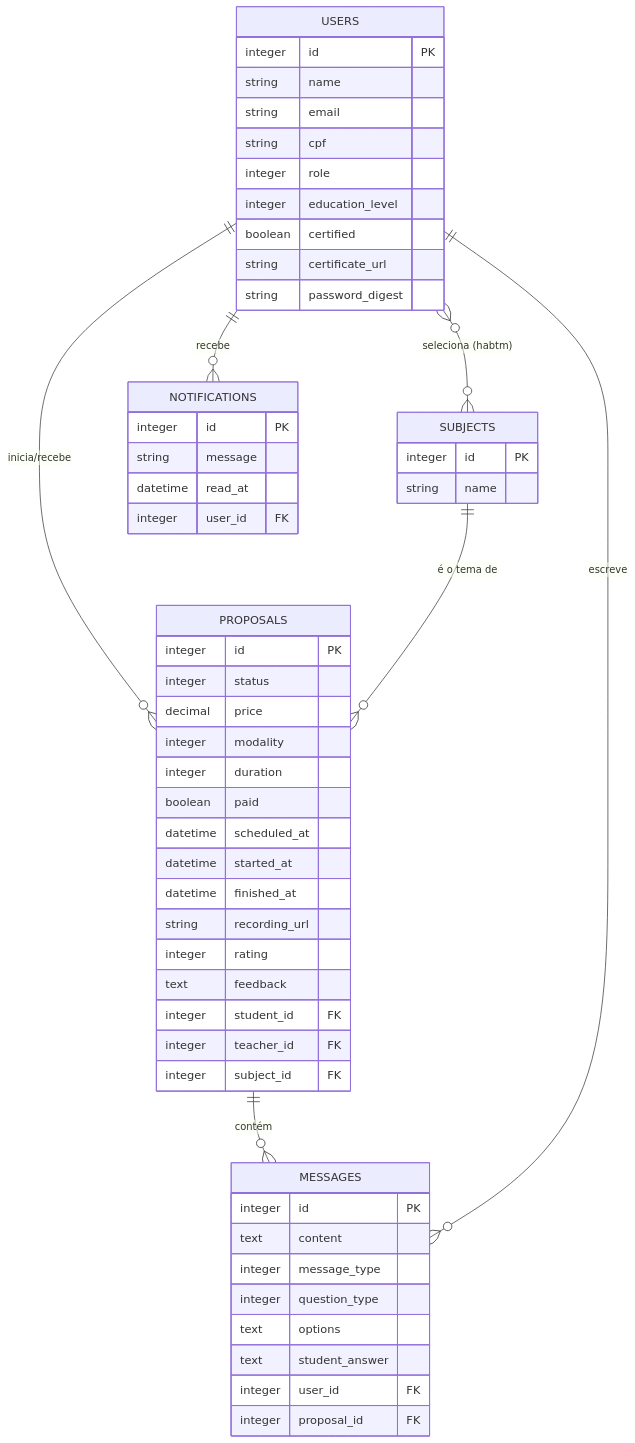
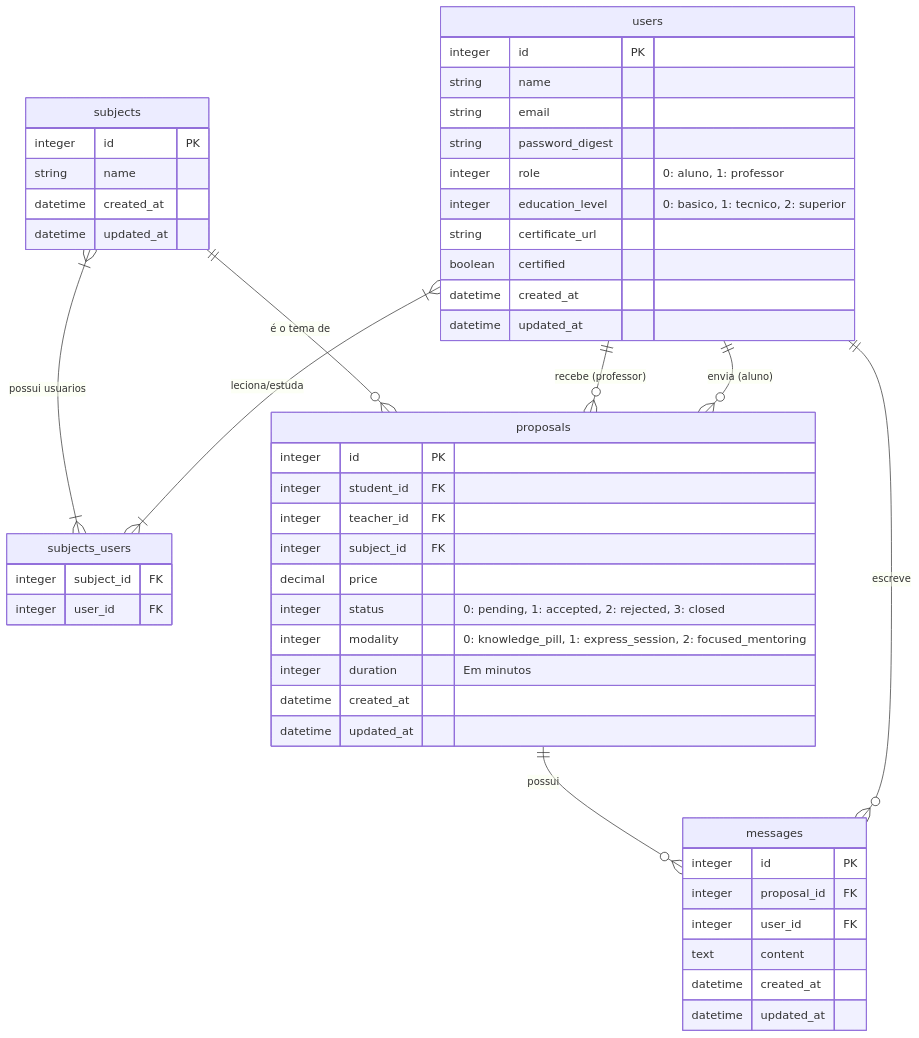
The diagram in README.md (VitorPierre/projeto-hacka-2), drawn with Mermaid before and after one commit. The commit also changed other lines of this file, not shown here.

````diff
--- a/README.md
+++ b/README.md
@@ -98,58 +64,57 @@
 ```mermaid
 erDiagram
-    USERS {
+    users {
         integer id PK
         string name
         string email
-        string cpf
-        integer role
-        integer education_level
+        string password_digest
+        integer role "0: aluno, 1: professor"
+        integer education_level "0: basico, 1: tecnico, 2: superior"
+        string certificate_url
         boolean certified
-        string certificate_url
-        string password_digest
+        datetime created_at
+        datetime updated_at
     }
-    SUBJECTS {
+    
+    subjects {
         integer id PK
         string name
+        datetime created_at
+        datetime updated_at
     }
-    PROPOSALS {
+    
+    subjects_users {
+        integer subject_id FK
+        integer user_id FK
+    }
+
+    proposals {
         integer id PK
-        integer status
-        decimal price
-        integer modality
-        integer duration
-        boolean paid
-        datetime scheduled_at
-        datetime started_at
-        datetime finished_at
-        string recording_url
-        integer rating
-        text feedback
         integer student_id FK
         integer teacher_id FK
         integer subject_id FK
-    }
-    MESSAGES {
-        integer id PK
-        text content
-        integer message_type
-        integer question_type
-        text options
-        text student_answer
-        integer user_id FK
-        integer proposal_id FK
-    }
-    NOTIFICATIONS {
-        integer id PK
-        string message
-        datetime read_at
-        integer user_id FK
+        decimal price
+        integer status "0: pending, 1: accepted, 2: rejected, 3: closed"
+        integer modality "0: knowledge_pill, 1: express_session, 2: focused_mentoring"
+        integer duration "Em minutos"
+        datetime created_at
+        datetime updated_at
     }
 
-    USERS ||--o{ PROPOSALS : "inicia/recebe"
-    USERS }o--o{ SUBJECTS : "seleciona (habtm)"
-    SUBJECTS ||--o{ PROPOSALS : "é o tema de"
-    PROPOSALS ||--o{ MESSAGES : "contém"
-    USERS ||--o{ MESSAGES : "escreve"
-    USERS ||--o{ NOTIFICATIONS : "recebe"
+    messages {
+        integer id PK
+        integer proposal_id FK
+        integer user_id FK
+        text content
+        datetime created_at
+        datetime updated_at
+    }
+
+    users ||--o{ proposals : "envia (aluno)"
+    users ||--o{ proposals : "recebe (professor)"
+    users ||--o{ messages : "escreve"
+    proposals ||--o{ messages : "possui"
+    subjects ||--o{ proposals : "é o tema de"
+    users }|--|{ subjects_users : "leciona/estuda"
+    subjects }|--|{ subjects_users : "possui usuarios"
 ```
````
